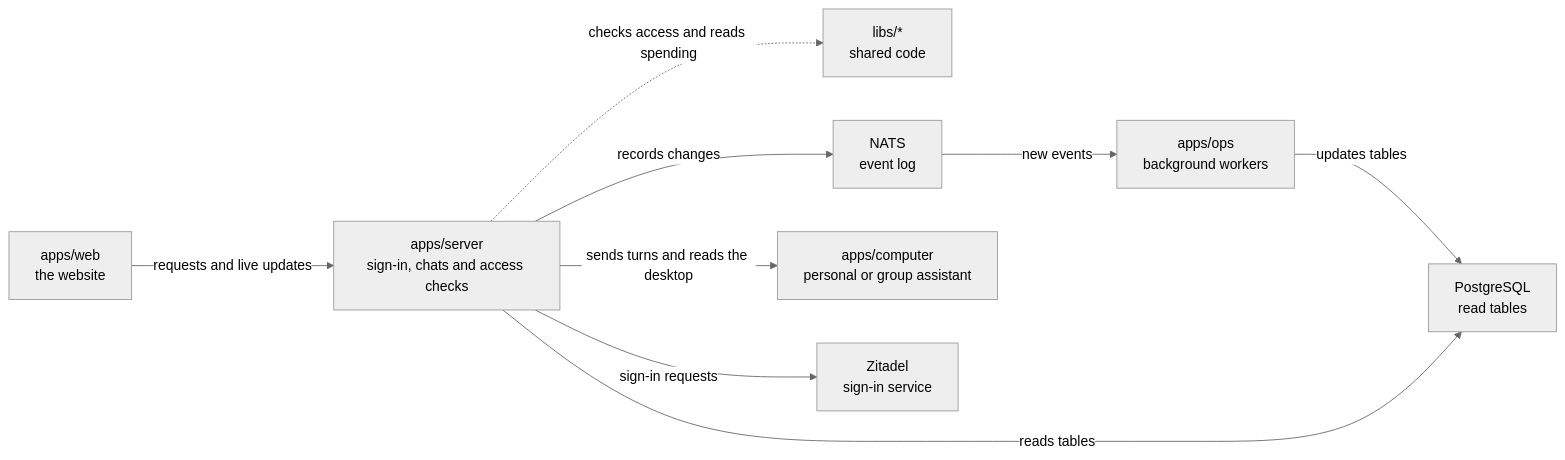
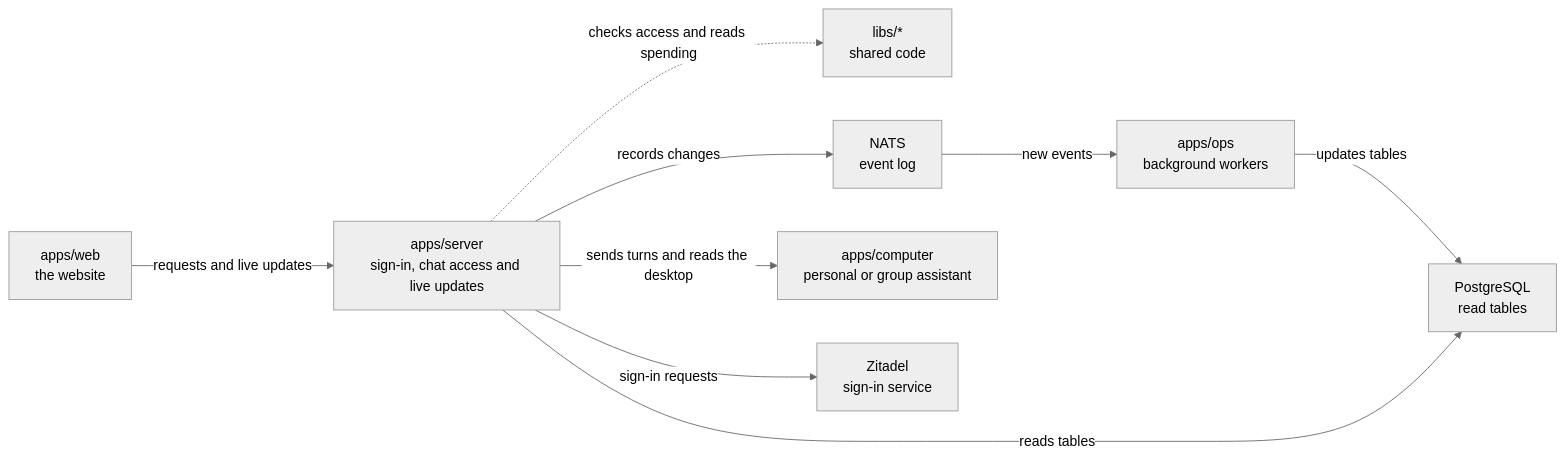
One commit to elewa-git/opencrane-new changed the diagram in apps/server/README.md. Above: the diagram before and after it, drawn with Mermaid (neutral theme). The commit also changed other lines of this file and 7 other files, not shown here.

````diff
--- a/apps/server/README.md
+++ b/apps/server/README.md
@@ -11,11 +11,11 @@
 ```mermaid
 flowchart LR
-  web["apps/web<br/>the website"] -->|requests and live updates| server["apps/server<br/>sign-in, chats and access checks"]
+  web["apps/web<br/>the website"] -->|requests and live updates| server["apps/server<br/>sign-in, chat access and live updates"]
   server -.->|checks access and reads spending| libs["libs/*<br/>shared code"]
   server -->|records changes| nats["NATS<br/>event log"]
   nats -->|new events| ops["apps/ops<br/>background workers"]
   ops -->|updates tables| postgres["PostgreSQL<br/>read tables"]
   server -->|reads tables| postgres
   server -->|sends turns and reads the desktop| computer["apps/computer<br/>personal or group assistant"]
   server -->|sign-in requests| zitadel["Zitadel<br/>sign-in service"]
 ```
````
